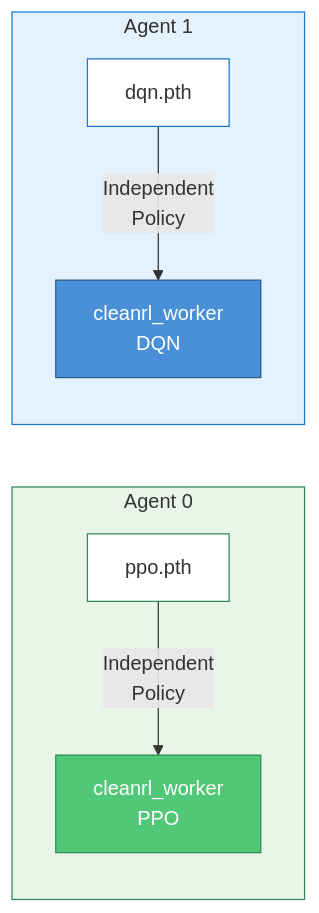
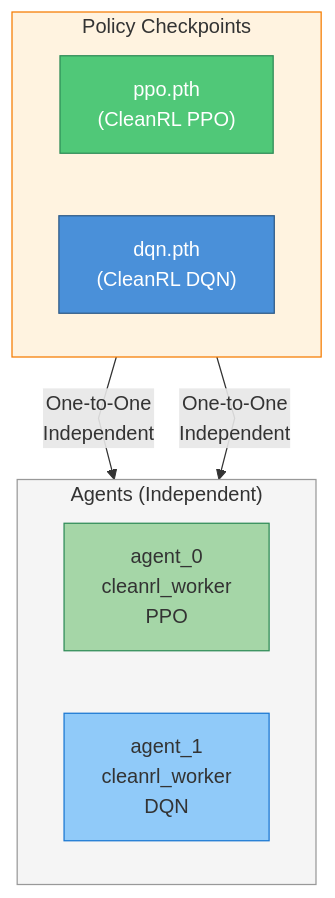
Before and after one commit to Abdulhamid97Mousa/mosaic: the second of 5 diagrams in docs/source/documents/architecture/operators/policy_mappings.rst, drawn with Mermaid. The commit also changed other lines of this file and 83 other files, not shown here.

```diff
--- a/docs/source/documents/architecture/operators/policy_mappings.rst
+++ b/docs/source/documents/architecture/operators/policy_mappings.rst
@@ -115,23 +115,25 @@
 .. mermaid::
 
    %%{init: {"flowchart": {"curve": "linear"}} }%%
-   graph LR
-       subgraph AGENT0["Agent 0"]
-           A0_W["cleanrl_worker<br/>PPO"]
-           A0_P["ppo.pth"]
+   graph TB
+       subgraph POLICIES["Policy Checkpoints"]
+           direction LR
+           PPO_FILE["ppo.pth<br/>(CleanRL PPO)"]
+           DQN_FILE["dqn.pth<br/>(CleanRL DQN)"]
        end
 
-       subgraph AGENT1["Agent 1"]
-           A1_W["cleanrl_worker<br/>DQN"]
-           A1_P["dqn.pth"]
+       subgraph AGENTS["Agents (Independent)"]
+           direction LR
+           A0["agent_0<br/>cleanrl_worker<br/>PPO"]
+           A1["agent_1<br/>cleanrl_worker<br/>DQN"]
        end
 
-       A0_P -->|"Independent<br/>Policy"| A0_W
-       A1_P -->|"Independent<br/>Policy"| A1_W
+       PPO_FILE -->|"One-to-One<br/>Independent"| A0
+       DQN_FILE -->|"One-to-One<br/>Independent"| A1
 
-       style AGENT0 fill:#e8f5e9,stroke:#2e8b57,color:#333
-       style AGENT1 fill:#e3f2fd,stroke:#1976d2,color:#333
-       style A0_W fill:#50c878,stroke:#2e8b57,color:#fff
-       style A1_W fill:#4a90d9,stroke:#2e5a87,color:#fff
-       style A0_P fill:#fff,stroke:#2e8b57,color:#333
-       style A1_P fill:#fff,stroke:#1976d2,color:#333
+       style POLICIES fill:#fff3e0,stroke:#f57c00,color:#333
+       style AGENTS fill:#f5f5f5,stroke:#999,color:#333
+       style PPO_FILE fill:#50c878,stroke:#2e8b57,color:#fff
+       style DQN_FILE fill:#4a90d9,stroke:#2e5a87,color:#fff
+       style A0 fill:#a5d6a7,stroke:#2e8b57,color:#333
+       style A1 fill:#90caf9,stroke:#1976d2,color:#333
```
